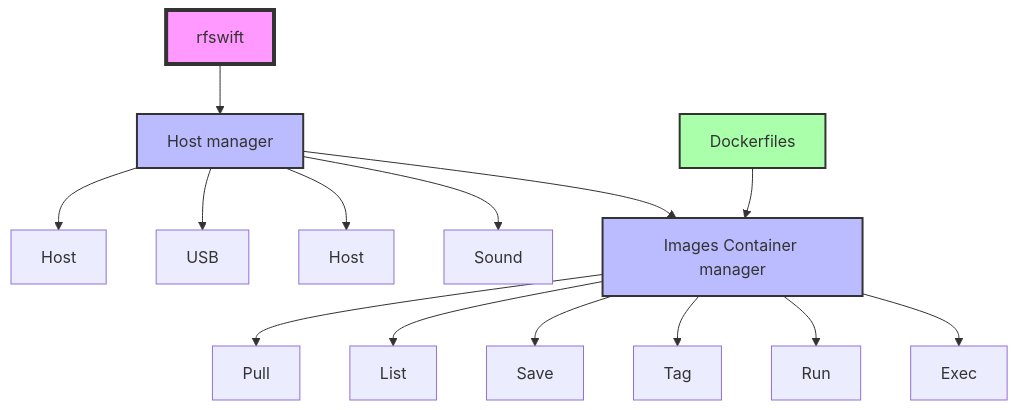
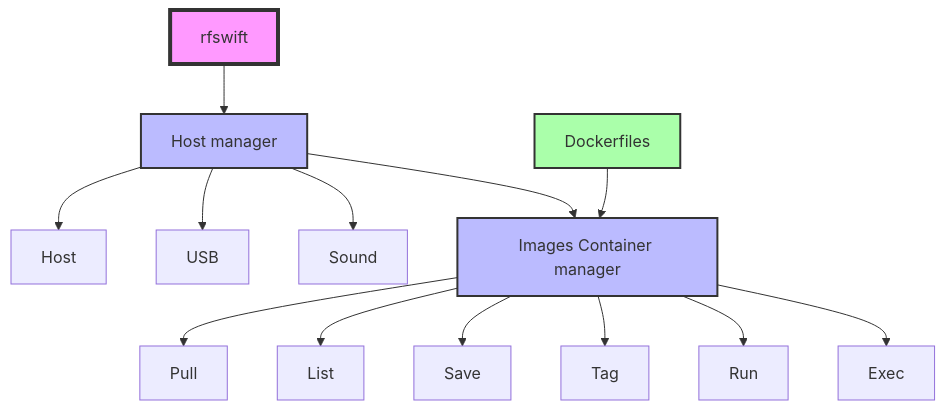
The diagram in content/docs/_index.md (PentHertz/rfswift-doc-v2), drawn with Mermaid before and after one commit. The commit also changed other lines of this file, not shown here.

````diff
--- a/content/docs/_index.md
+++ b/content/docs/_index.md
@@ -51,26 +62,25 @@
 ```mermaid
 graph TD
     A[rfswift] --> B[Host manager]
     B --> C[Host]
     B --> D[USB]
-    B --> E[Host]
     B --> F[Sound]
 
     B --> G[Images Container manager]
 
     H[Dockerfiles] --> G
 
     G --> I[Pull]
     G --> J[List]
     G --> K[Save]
     G --> L[Tag]
     G --> M[Run]
     G --> N[Exec]
     
     style A fill:#f9f,stroke:#333,stroke-width:4px
     style B fill:#bbf,stroke:#333,stroke-width:2px
     style H fill:#afa,stroke:#333,stroke-width:2px
 
     style G fill:#bbf,stroke:#333,stroke-width:2px
 
 ```
````
